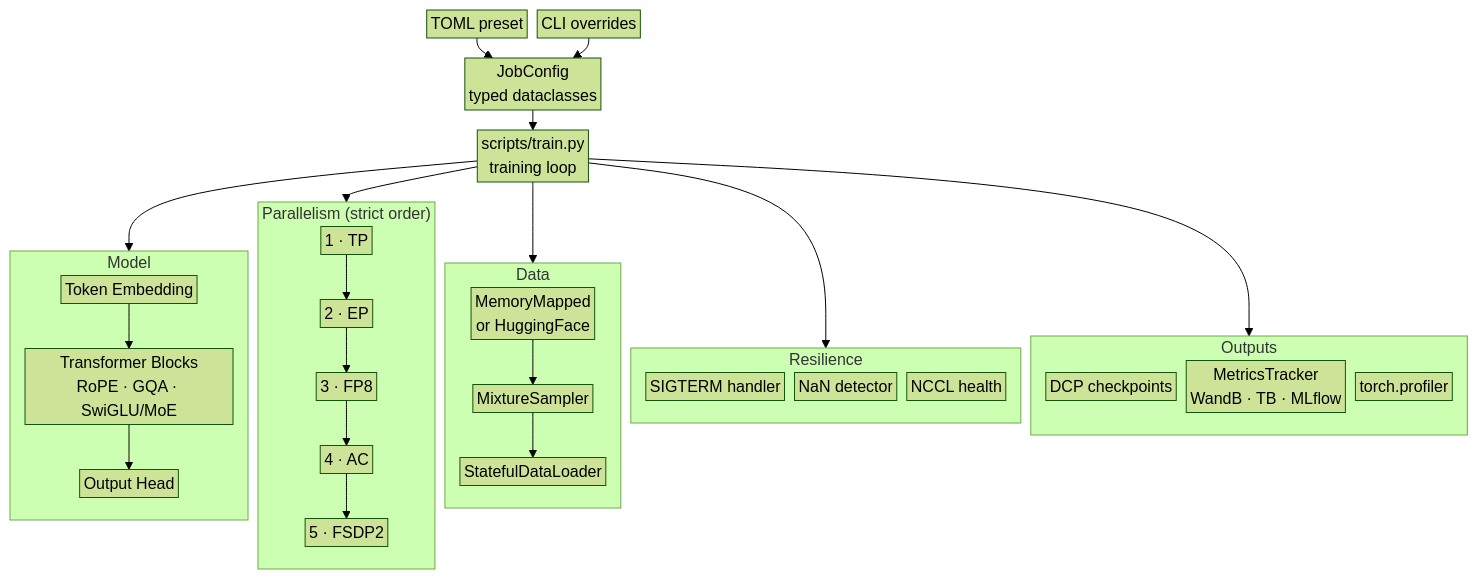
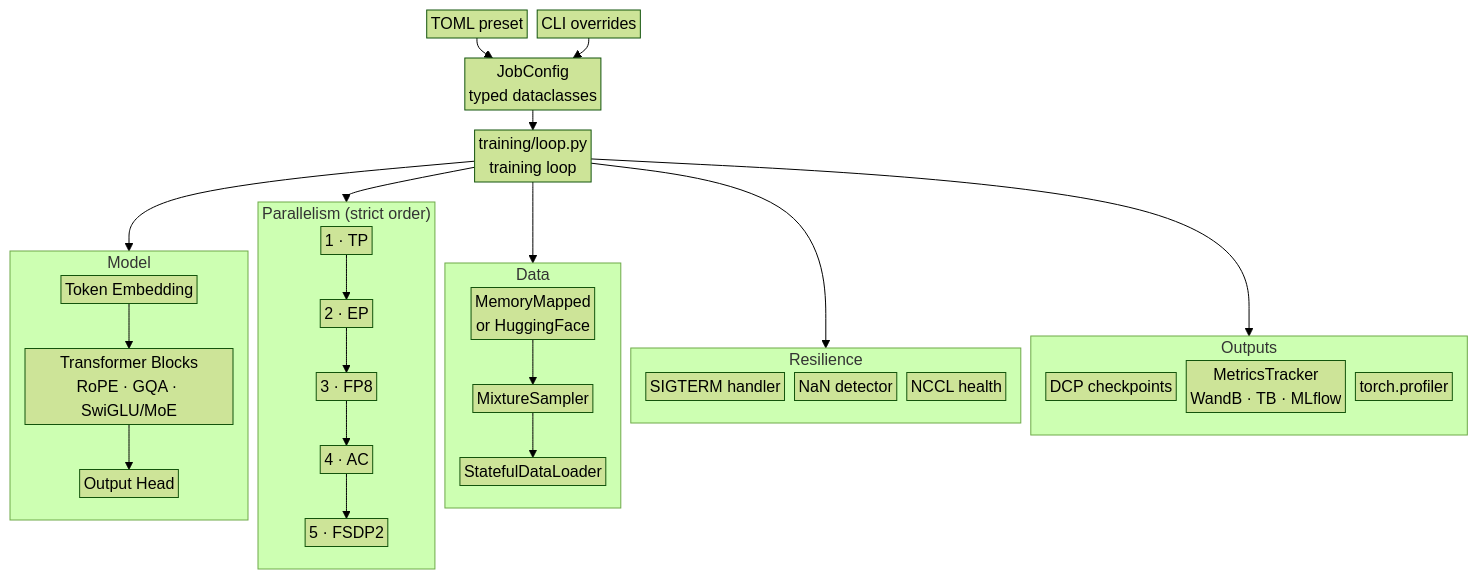
One commit to KempnerInstitute/KempnerForge changed the diagram in README.md. Above: the diagram before and after it, drawn with Mermaid (forest theme). The commit also changed 38 other files, not shown here.

First line of the commit message:
Sweep every stale scripts/train.py reference in the repo

````diff
--- a/README.md
+++ b/README.md
@@ -52,49 +52,49 @@
 ```mermaid
 %%{init: {'flowchart': {'nodeSpacing': 10, 'rankSpacing': 20, 'padding': 2, 'subGraphTitleMargin': {'top': 0, 'bottom': 2}}}}%%
 flowchart TB
     %% Layer 1: configuration inputs
     TOML[TOML preset] --> JC[JobConfig<br/>typed dataclasses]
     CLI[CLI overrides] --> JC
 
     %% Layer 2: training loop
-    JC --> TL[scripts/train.py<br/>training loop]
+    JC --> TL[training/loop.py<br/>training loop]
 
     %% Layer 3: subsystems (each a compact vertical stack)
     TL --> Model
     TL --> Parallelism
     TL --> Data
     TL --> Resilience
     TL --> Outputs
 
     subgraph Model
         direction TB
         M1[Token Embedding]
         M2[Transformer Blocks<br/>RoPE · GQA · SwiGLU/MoE]
         M3[Output Head]
         M1 --> M2 --> M3
     end
 
     subgraph Parallelism ["Parallelism (strict order)"]
         direction TB
         P1[1 · TP] --> P2[2 · EP] --> P3[3 · FP8] --> P4[4 · AC] --> P5[5 · FSDP2]
     end
 
     subgraph Data ["Data"]
         direction TB
         D1[MemoryMapped<br/>or HuggingFace] --> D2[MixtureSampler] --> D3[StatefulDataLoader]
     end
 
     subgraph Resilience
         direction TB
         R1[SIGTERM handler]
         R2[NaN detector]
         R3[NCCL health]
     end
 
     subgraph Outputs
         direction TB
         O1[DCP checkpoints]
         O2[MetricsTracker<br/>WandB · TB · MLflow]
         O3[torch.profiler]
     end
 ```
````
